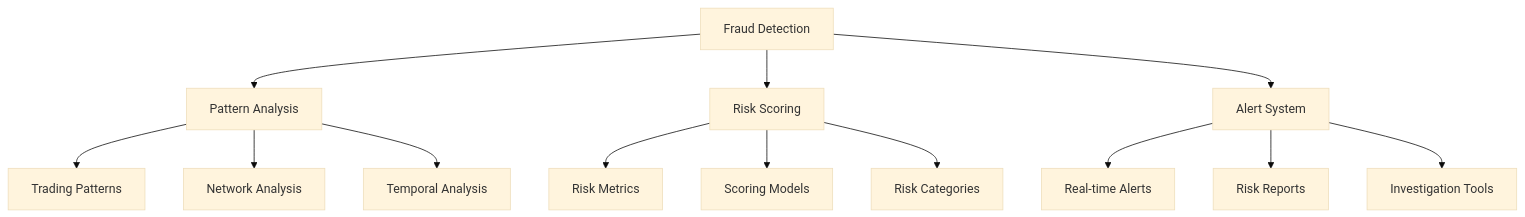
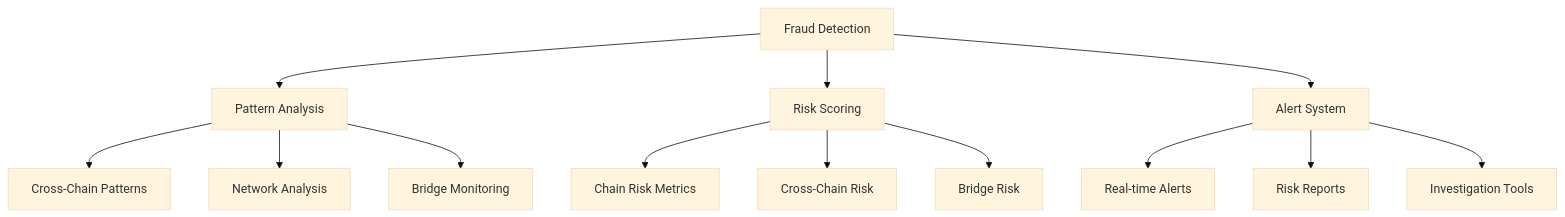
One commit to Ujjwalmittal1907/bitsBlockBazaar changed the second of 3 diagrams in VISION.md. Above: the diagram before and after it, drawn with Mermaid (base theme). The commit also changed other lines of this file and 2 other files, not shown here.

````diff
--- a/VISION.md
+++ b/VISION.md
@@ -60,18 +67,18 @@
 ```mermaid
 flowchart TB
     A[Fraud Detection] --> B[Pattern Analysis]
     A --> C[Risk Scoring]
     A --> D[Alert System]
     
-    B --> B1[Trading Patterns]
+    B --> B1[Cross-Chain Patterns]
     B --> B2[Network Analysis]
-    B --> B3[Temporal Analysis]
+    B --> B3[Bridge Monitoring]
     
-    C --> C1[Risk Metrics]
-    C --> C2[Scoring Models]
-    C --> C3[Risk Categories]
+    C --> C1[Chain Risk Metrics]
+    C --> C2[Cross-Chain Risk]
+    C --> C3[Bridge Risk]
     
     D --> D1[Real-time Alerts]
     D --> D2[Risk Reports]
     D --> D3[Investigation Tools]
 ```
````
